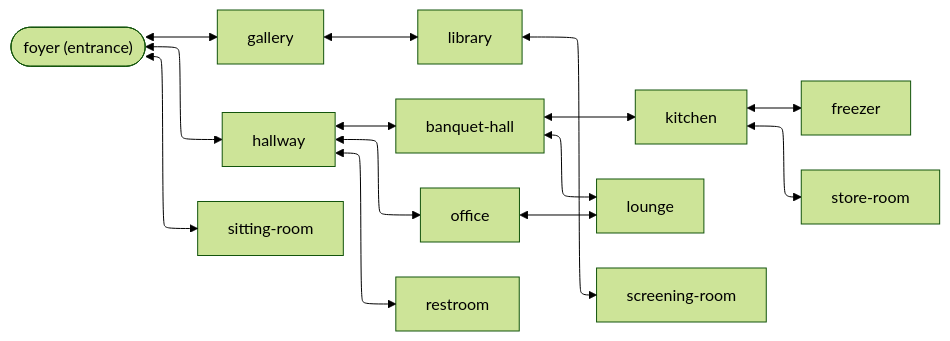
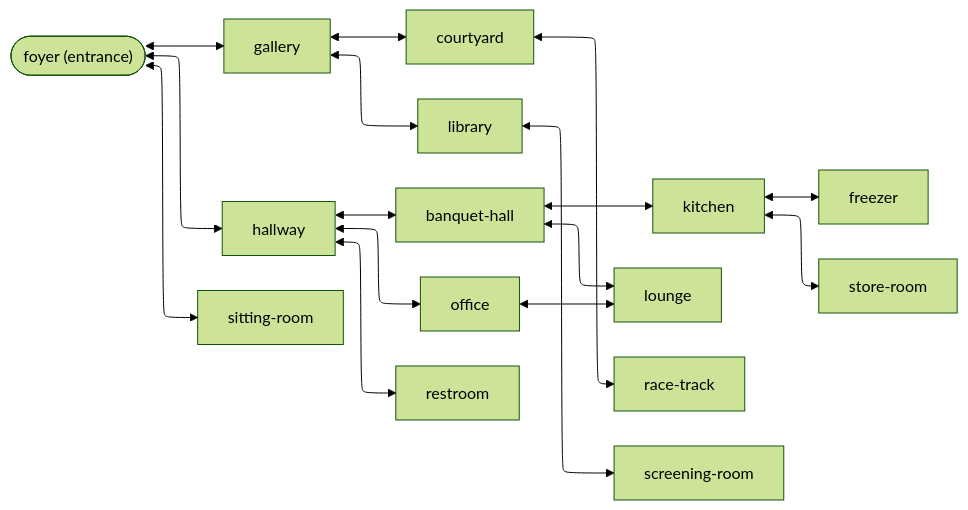
One commit to frizzle-chan/mudd changed the diagram in data/worlds/mansion-map.mmd. Above: the diagram before and after it, drawn with Mermaid (forest theme).

Commit message:
Regenerate mansion-map.mmd with courtyard and race-track

```diff
--- a/data/worlds/mansion-map.mmd
+++ b/data/worlds/mansion-map.mmd
@@ -1,19 +1,21 @@
 ---
 config:
     layout: elk
 ---
 graph LR
     foyer@{ shape: stadium, label: "foyer (entrance)" }
     foyer <--> gallery
     foyer <--> hallway
     foyer <--> sitting-room
+    gallery <--> courtyard
     gallery <--> library
     hallway <--> banquet-hall
     hallway <--> office
     hallway <--> restroom
     banquet-hall <--> kitchen
     banquet-hall <--> lounge
+    courtyard <--> race-track
     library <--> screening-room
     office <--> lounge
     kitchen <--> freezer
     kitchen <--> store-room
```
